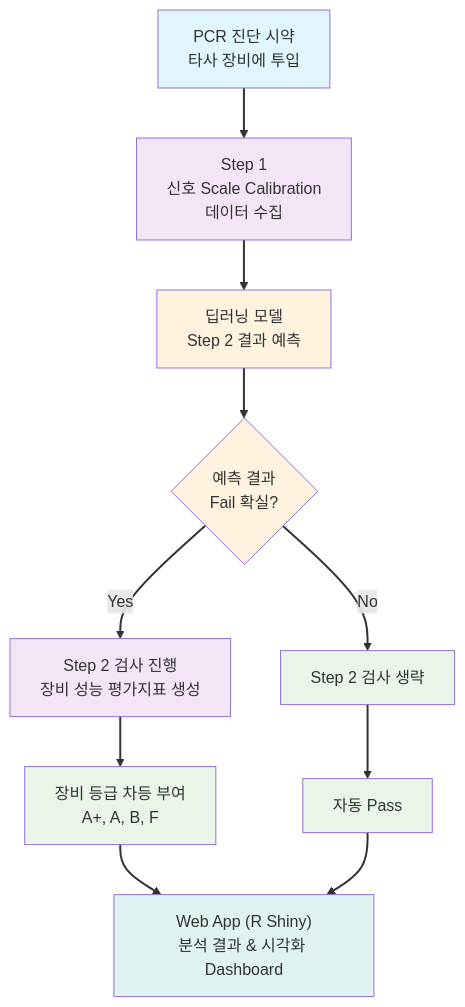
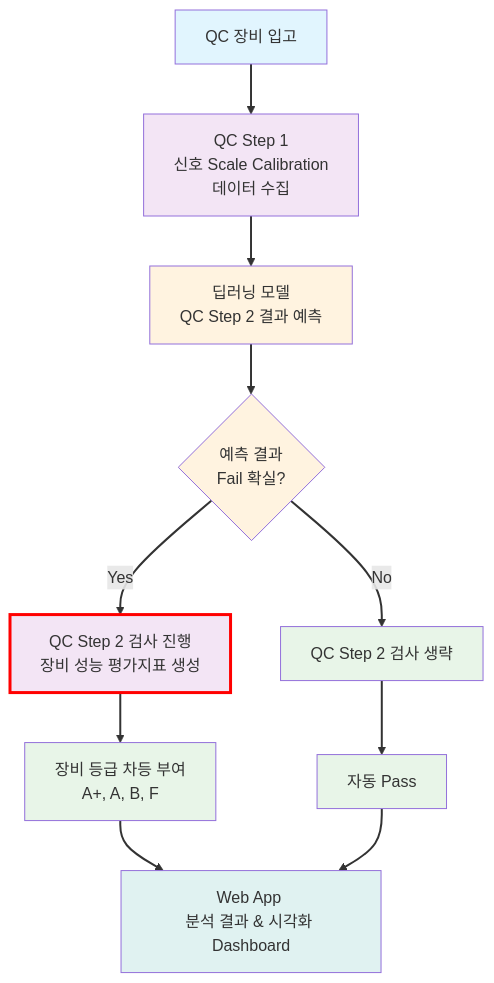
Before and after one commit to kmink3225/website: the second of 2 diagrams in docs/projects/qc_platform/index.qmd, drawn with Mermaid. The commit also changed other lines of this file and 23 other files, not shown here.

````diff
--- a/docs/projects/qc_platform/index.qmd
+++ b/docs/projects/qc_platform/index.qmd
@@ -89,35 +89,35 @@
 ```{mermaid}
 flowchart TD
-   A["PCR 진단 시약<br/>타사 장비에 투입"] --> B["Step 1 <br> 신호 Scale Calibration<br/>데이터 수집"]
-   B --> C["딥러닝 모델<br/>Step 2 결과 예측"]
+   A["QC 장비 입고"] --> B["QC Step 1 <br> 신호 Scale Calibration<br/>데이터 수집"]
+   B --> C["딥러닝 모델<br/>QC Step 2 결과 예측"]
    
    C --> D{"예측 결과<br/>Fail 확실?"}
-   D -->|Yes| E["Step 2 검사 진행<br/>장비 성능 평가지표 생성"]
-   D -->|No| F["Step 2 검사 생략"]
+   D -->|Yes| E["QC Step 2 검사 진행<br/>장비 성능 평가지표 생성"]
+   D -->|No| F["QC Step 2 검사 생략"]
    
    E --> G["장비 등급 차등 부여<br/>A+, A, B, F"]
    F --> H["자동 Pass"]
    
-   G --> I["Web App (R Shiny)<br/>분석 결과 & 시각화 Dashboard"]
+   G --> I["Web App <br/>분석 결과 & 시각화 Dashboard"]
    H --> I
    
    linkStyle 0 stroke:#333,stroke-width:2px
    linkStyle 1 stroke:#333,stroke-width:2px
    linkStyle 2 stroke:#333,stroke-width:2px
    linkStyle 3 stroke:#333,stroke-width:2px
    linkStyle 4 stroke:#333,stroke-width:2px
    linkStyle 5 stroke:#333,stroke-width:2px
    linkStyle 6 stroke:#333,stroke-width:2px
    linkStyle 7 stroke:#333,stroke-width:2px
    linkStyle 8 stroke:#333,stroke-width:2px
    
    style A fill:#e1f5fe
    style B fill:#f3e5f5
    style C fill:#fff3e0
    style D fill:#fff3e0
-   style E fill:#f3e5f5
+   style E fill:#f3e5f5,stroke:#ff0000,stroke-width:3px
    style F fill:#e8f5e8
    style G fill:#e8f5e8
    style H fill:#e8f5e8
    style I fill:#e0f2f1
 ```
````
